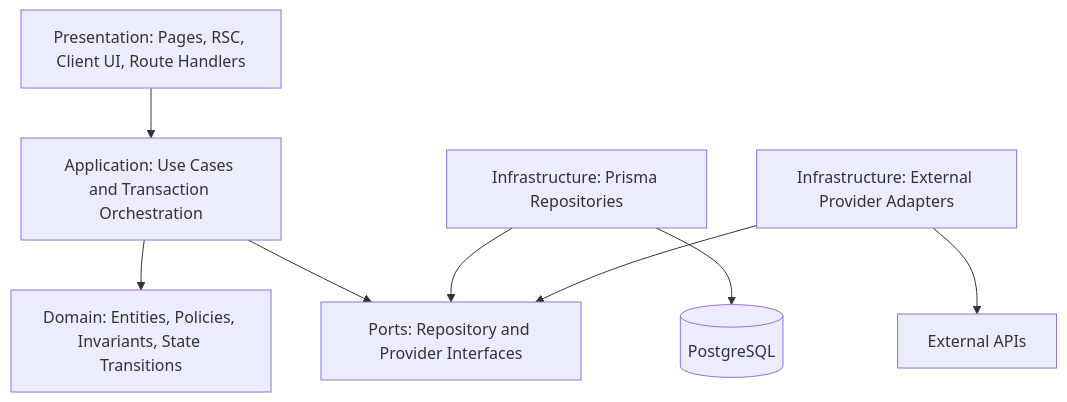
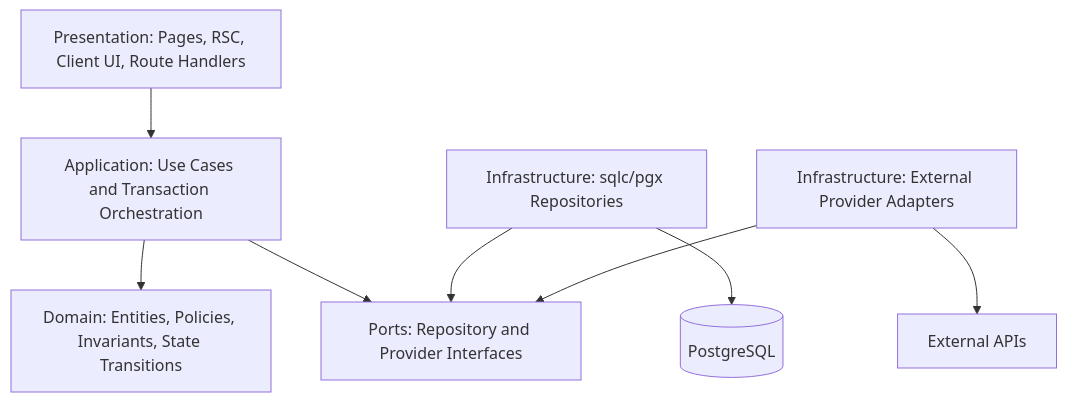
The second of 11 diagrams in architecture.md (Fajrunshubhi/MyTicketIn), drawn with Mermaid before and after one commit. The commit also changed other lines of this file and 406 other files, not shown here.

````diff
--- a/architecture.md
+++ b/architecture.md
@@ -197,19 +206,19 @@
 ```mermaid
 flowchart TB
   Presentation["Presentation: Pages, RSC, Client UI, Route Handlers"]
   Application["Application: Use Cases and Transaction Orchestration"]
   Domain["Domain: Entities, Policies, Invariants, State Transitions"]
   Ports["Ports: Repository and Provider Interfaces"]
-  Persistence["Infrastructure: Prisma Repositories"]
+  Persistence["Infrastructure: sqlc/pgx Repositories"]
   Providers["Infrastructure: External Provider Adapters"]
   Database[(PostgreSQL)]
   External["External APIs"]
 
   Presentation --> Application
   Application --> Domain
   Application --> Ports
   Persistence --> Ports
   Providers --> Ports
   Persistence --> Database
   Providers --> External
 ```
````
